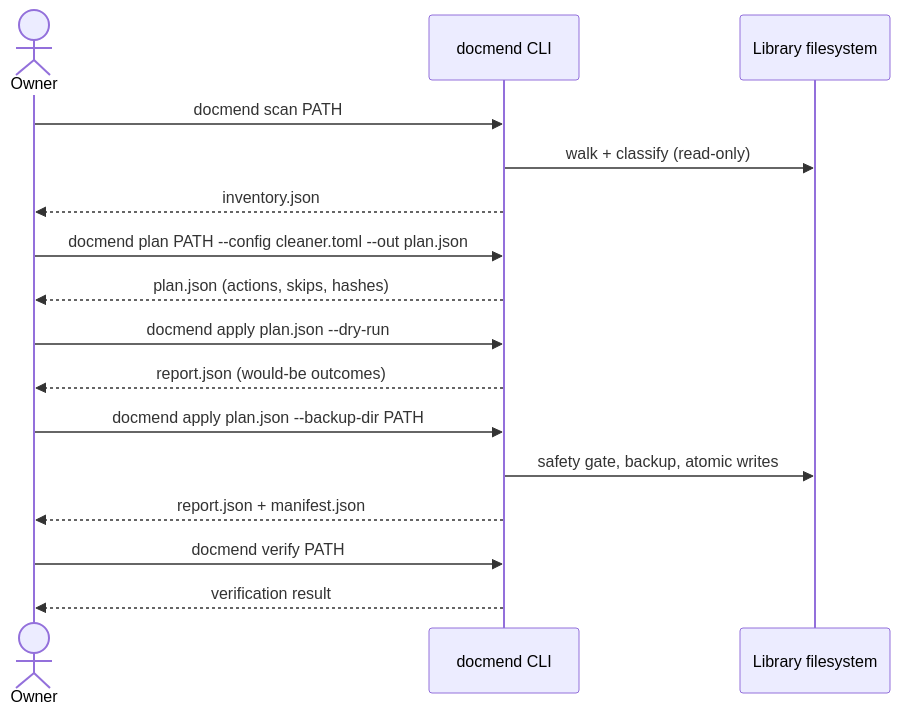
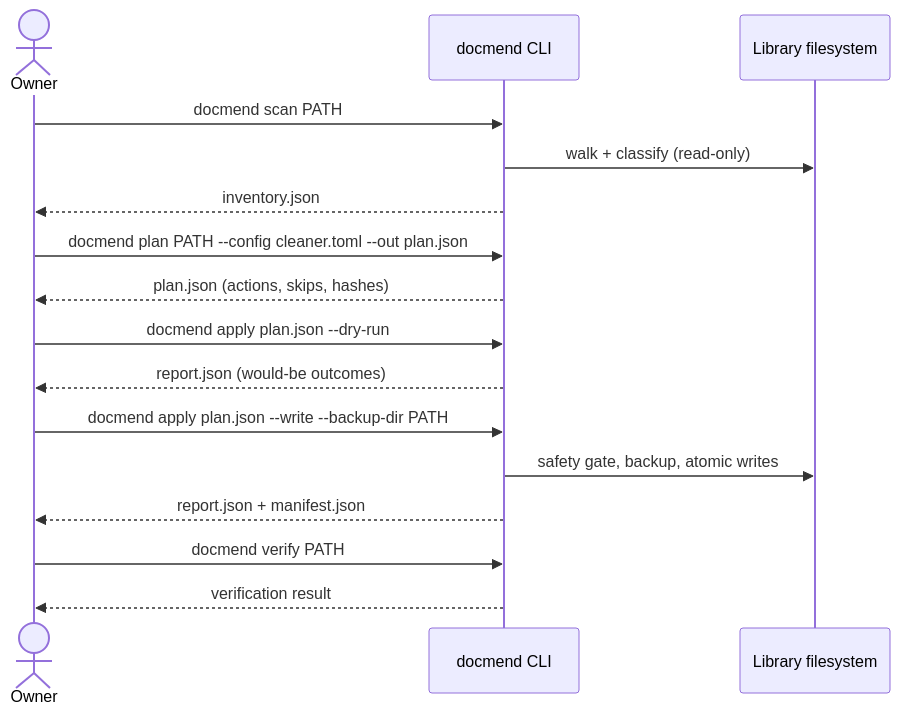
The third of 4 diagrams in docs/specs/docmend.md (chrisdpurcell/docmend), drawn with Mermaid before and after one commit. The commit also changed other lines of this file and 3 other files, not shown here.

````diff
--- a/docs/specs/docmend.md
+++ b/docs/specs/docmend.md
@@ -486,19 +487,19 @@
 ```mermaid
 sequenceDiagram
     actor Owner
     participant CLI as docmend CLI
     participant FS as Library filesystem
 
     Owner->>CLI: docmend scan PATH
     CLI->>FS: walk + classify (read-only)
     CLI-->>Owner: inventory.json
     Owner->>CLI: docmend plan PATH --config cleaner.toml --out plan.json
     CLI-->>Owner: plan.json (actions, skips, hashes)
     Owner->>CLI: docmend apply plan.json --dry-run
     CLI-->>Owner: report.json (would-be outcomes)
-    Owner->>CLI: docmend apply plan.json --backup-dir PATH
+    Owner->>CLI: docmend apply plan.json --write --backup-dir PATH
     CLI->>FS: safety gate, backup, atomic writes
     CLI-->>Owner: report.json + manifest.json
     Owner->>CLI: docmend verify PATH
     CLI-->>Owner: verification result
 ```
````
